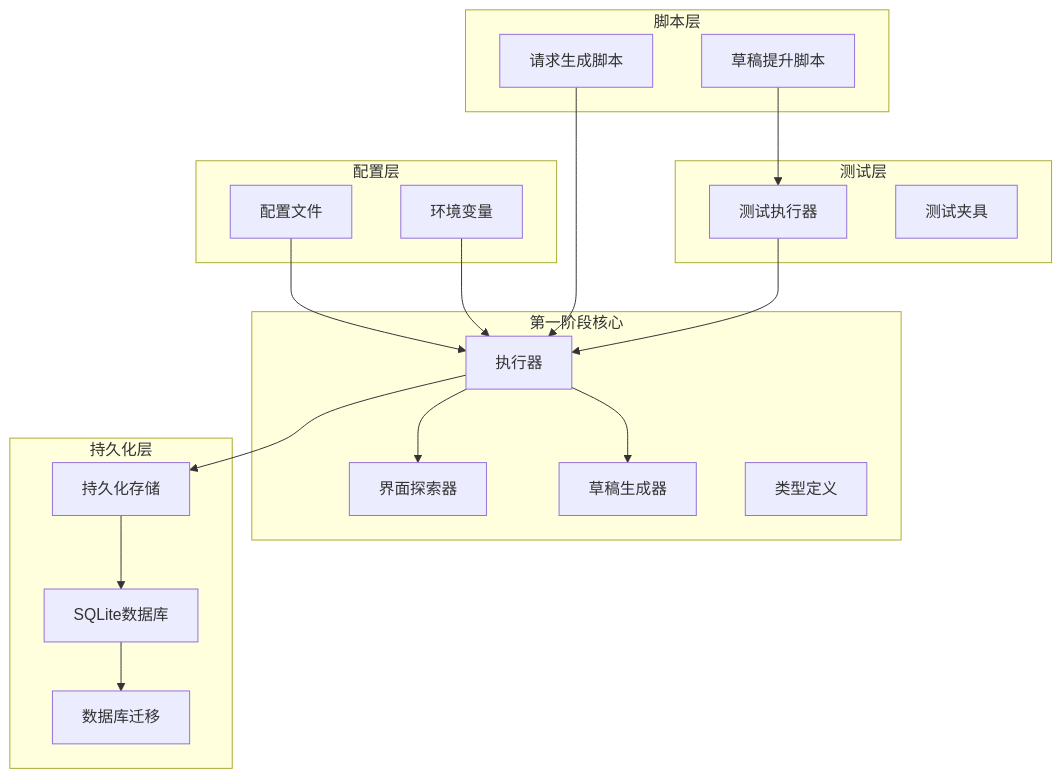
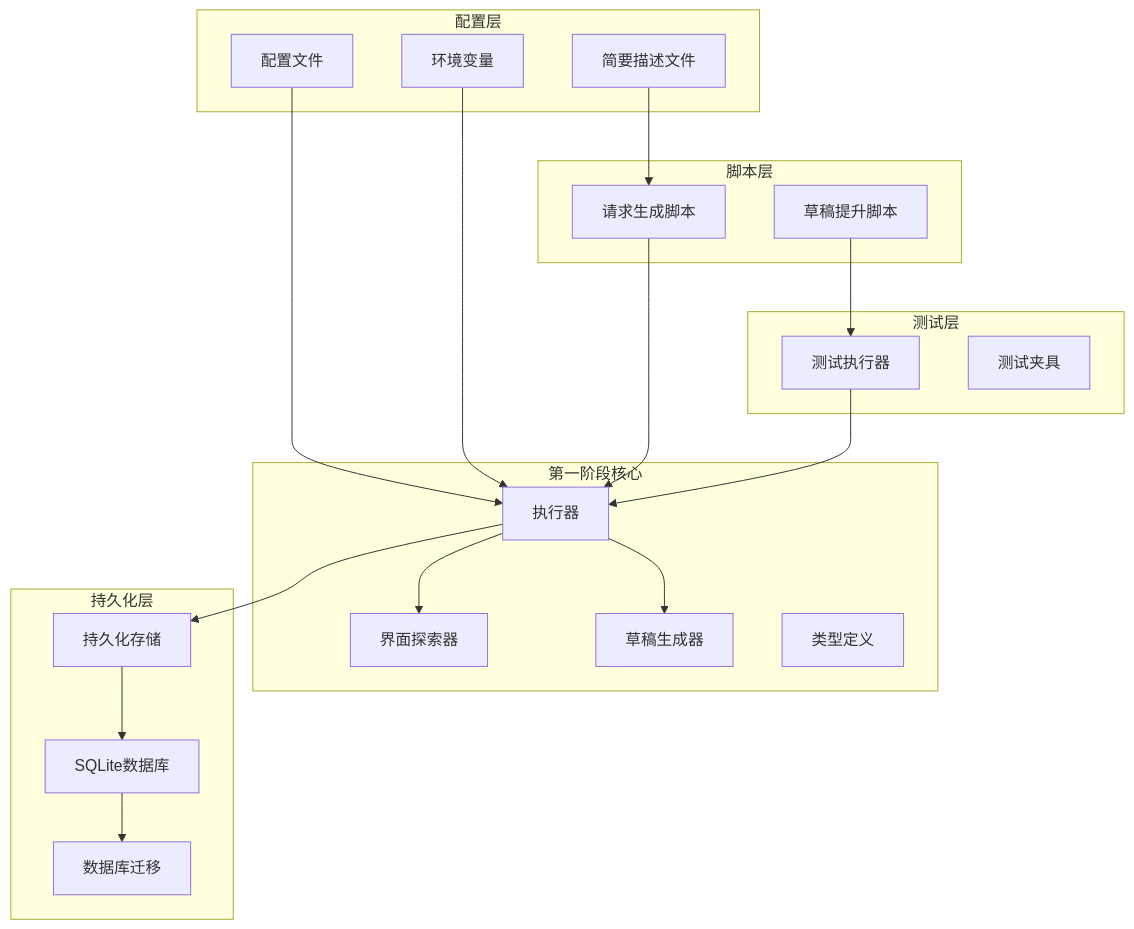
One commit to Jiane-EJ/playwright-mind changed the first of 11 diagrams in .qoder/repowiki/zh/content/核心概念/第一阶段探索建模系统.md. Above: the diagram before and after it, drawn with Mermaid. The commit also changed other lines of this file and 7 other files, not shown here.

````diff
--- a/.qoder/repowiki/zh/content/核心概念/第一阶段探索建模系统.md
+++ b/.qoder/repowiki/zh/content/核心概念/第一阶段探索建模系统.md
@@ -44,36 +56,38 @@
 ```mermaid
 graph TB
 subgraph "配置层"
 Config[配置文件]
 Env[环境变量]
+Brief[简要描述文件]
 end
 subgraph "第一阶段核心"
 Explorer[界面探索器]
 Runner[执行器]
 Generator[草稿生成器]
 Types[类型定义]
 end
 subgraph "持久化层"
 Store[持久化存储]
 SQLite[SQLite数据库]
 Migrations[数据库迁移]
 end
 subgraph "脚本层"
 GenReq[请求生成脚本]
 Promote[草稿提升脚本]
 end
 subgraph "测试层"
 TestRunner[测试执行器]
 Fixture[测试夹具]
 end
 Config --> Runner
 Env --> Runner
+Brief --> GenReq
 Runner --> Explorer
 Runner --> Generator
 Runner --> Store
 Store --> SQLite
 SQLite --> Migrations
 GenReq --> Runner
 Promote --> TestRunner
 TestRunner --> Runner
 ```
````
